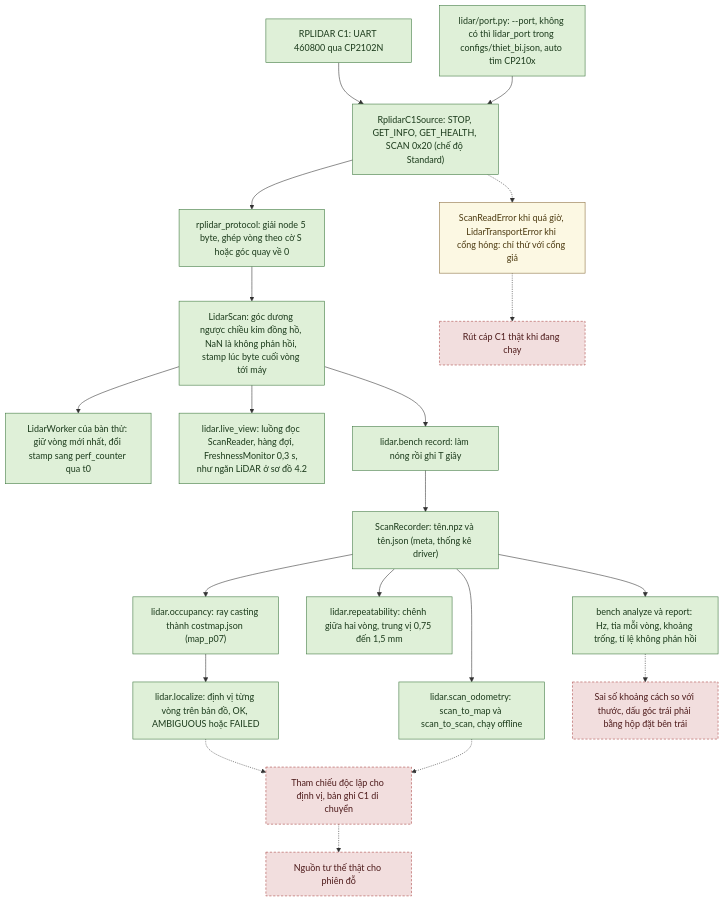
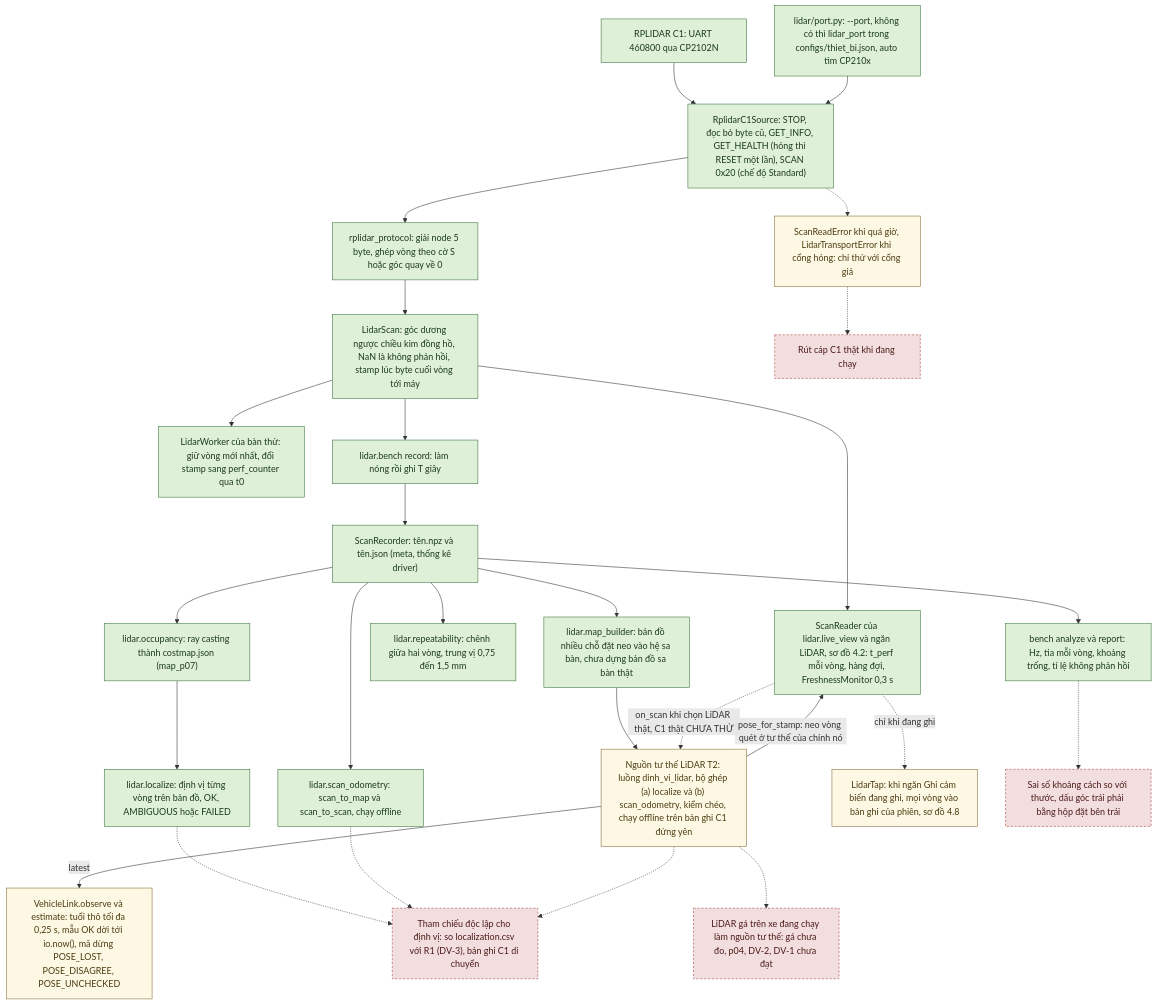
Diagram 19 of 50 in autopark/docs/SO_DO_HE_THONG.md (thbn12082/autopark), drawn with Mermaid before and after one commit. The commit also changed other lines of this file and 223 other files, not shown here.

````diff
--- a/autopark/docs/SO_DO_HE_THONG.md
+++ b/autopark/docs/SO_DO_HE_THONG.md
@@ -1126,43 +1311,53 @@
 ```mermaid
 flowchart TD
     C1["RPLIDAR C1: UART 460800 qua CP2102N"]
     PORT["lidar/port.py: --port, không có thì lidar_port trong configs/thiet_bi.json, auto tìm CP210x"]
-    DRV["RplidarC1Source: STOP, GET_INFO, GET_HEALTH, SCAN 0x20 (chế độ Standard)"]
+    DRV["RplidarC1Source: STOP, đọc bỏ byte cũ, GET_INFO, GET_HEALTH (hỏng thì RESET một lần), SCAN 0x20 (chế độ Standard)"]
     PROTO["rplidar_protocol: giải node 5 byte, ghép vòng theo cờ S hoặc góc quay về 0"]
     SCAN["LidarScan: góc dương ngược chiều kim đồng hồ, NaN là không phản hồi, stamp lúc byte cuối vòng tới máy"]
     ERR["ScanReadError khi quá giờ, LidarTransportError khi cổng hỏng: chỉ thử với cổng giả"]
     RIGW["LidarWorker của bàn thử: giữ vòng mới nhất, đổi stamp sang perf_counter qua t0"]
-    LIVE["lidar.live_view: luồng đọc ScanReader, hàng đợi, FreshnessMonitor 0,3 s, như ngăn LiDAR ở sơ đồ 4.2"]
+    LIVE["ScanReader của lidar.live_view và ngăn LiDAR, sơ đồ 4.2: t_perf mỗi vòng, hàng đợi, FreshnessMonitor 0,3 s"]
     BENCH["lidar.bench record: làm nóng rồi ghi T giây"]
     REC["ScanRecorder: tên.npz và tên.json (meta, thống kê driver)"]
     ANA["bench analyze và report: Hz, tia mỗi vòng, khoảng trống, tỉ lệ không phản hồi"]
     REP["lidar.repeatability: chênh giữa hai vòng, trung vị 0,75 đến 1,5 mm"]
     OCC["lidar.occupancy: ray casting thành costmap.json (map_p07)"]
     LOC["lidar.localize: định vị từng vòng trên bản đồ, OK, AMBIGUOUS hoặc FAILED"]
     ODO["lidar.scan_odometry: scan_to_map và scan_to_scan, chạy offline"]
+    MAPB["lidar.map_builder: bản đồ nhiều chỗ đặt neo vào hệ sa bàn, chưa dựng bản đồ sa bàn thật"]
+    LPS["Nguồn tư thế LiDAR T2: luồng dinh_vi_lidar, bộ ghép (a) localize và (b) scan_odometry, kiểm chéo, chạy offline trên bản ghi C1 đứng yên"]
+    VLK["VehicleLink.observe và estimate: tuổi thô tối đa 0,25 s, mẫu OK dời tới io.now(), mã dừng POSE_LOST, POSE_DISAGREE, POSE_UNCHECKED"]
+    TAP["LidarTap: khi ngăn Ghi cảm biến đang ghi, mọi vòng vào bản ghi của phiên, sơ đồ 4.8"]
     TRUTH["Sai số khoảng cách so với thước, dấu góc trái phải bằng hộp đặt bên trái"]
-    REF["Tham chiếu độc lập cho định vị, bản ghi C1 di chuyển"]
-    POSE["Nguồn tư thế thật cho phiên đỗ"]
+    REF["Tham chiếu độc lập cho định vị: so localization.csv với R1 (DV-3), bản ghi C1 di chuyển"]
+    CAR["LiDAR gá trên xe đang chạy làm nguồn tư thế: gá chưa đo, p04, DV-2, DV-1 chưa đạt"]
     UNPLUG["Rút cáp C1 thật khi đang chạy"]
     C1 --> DRV
     PORT --> DRV
     DRV --> PROTO --> SCAN
     DRV -.-> ERR
     SCAN --> RIGW
     SCAN --> LIVE
     SCAN --> BENCH --> REC --> ANA
     REC --> REP
     REC --> OCC --> LOC
     REC --> ODO
+    REC --> MAPB --> LPS
+    LIVE -.->|on_scan khi chọn LiDAR thật, C1 thật CHƯA THỬ| LPS
+    LPS -->|pose_for_stamp: neo vòng quét ở tư thế của chính nó| LIVE
+    LPS -->|latest| VLK
+    LIVE -.->|chỉ khi đang ghi| TAP
     ANA -.-> TRUTH
     LOC -.-> REF
     ODO -.-> REF
-    REF -.-> POSE
+    LPS -.-> REF
+    LPS -.-> CAR
     ERR -.-> UNPLUG
     classDef daco fill:#dff0d8,stroke:#3c763d,color:#1b3a1b
     classDef giaLap fill:#fcf8e3,stroke:#8a6d3b,color:#4d3b12
     classDef chuaLam fill:#f2dede,stroke:#a94442,color:#4d1a1a,stroke-dasharray: 4 3
-    class C1,PORT,DRV,PROTO,SCAN,RIGW,LIVE,BENCH,REC,ANA,REP,OCC,LOC,ODO daco
-    class ERR giaLap
-    class TRUTH,REF,POSE,UNPLUG chuaLam
+    class C1,PORT,DRV,PROTO,SCAN,RIGW,LIVE,BENCH,REC,ANA,REP,OCC,LOC,ODO,MAPB daco
+    class ERR,LPS,VLK,TAP giaLap
+    class TRUTH,REF,CAR,UNPLUG chuaLam
 ```
````
